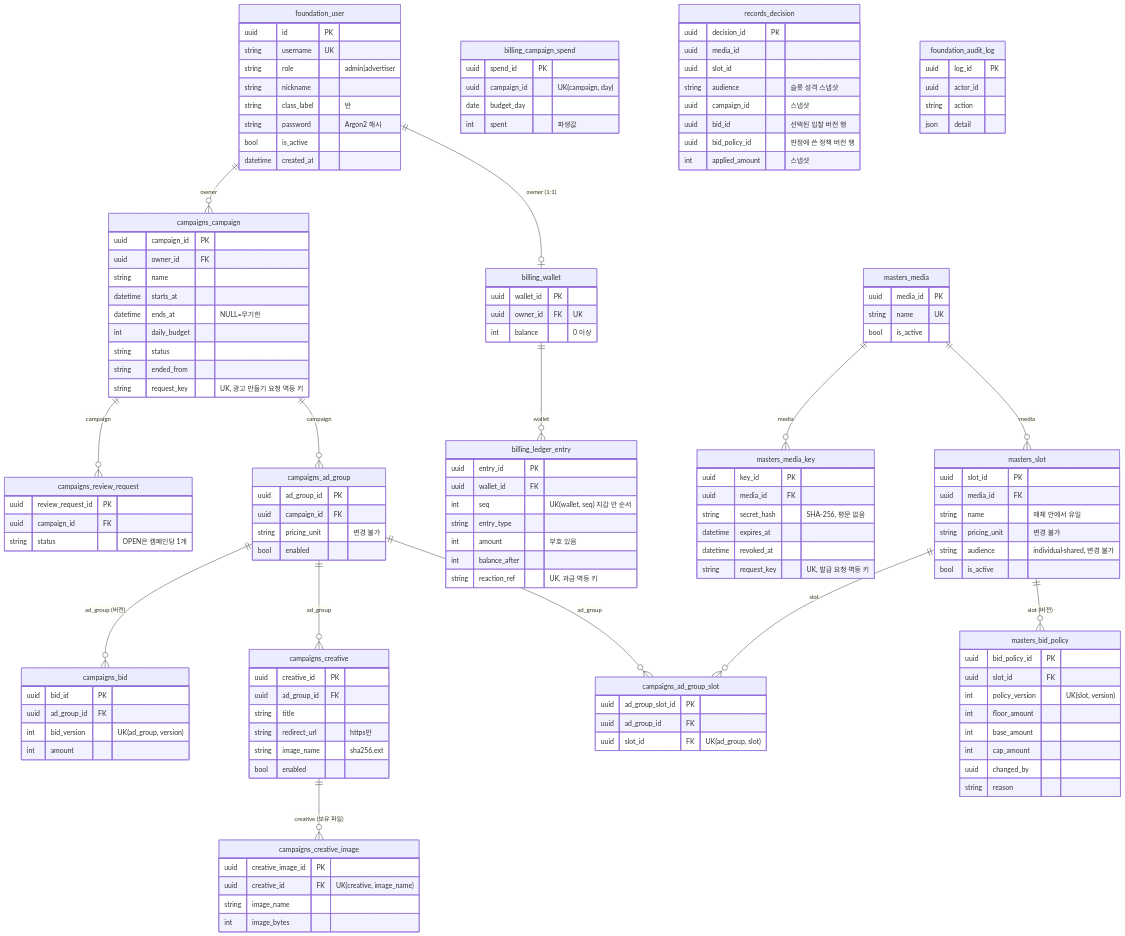
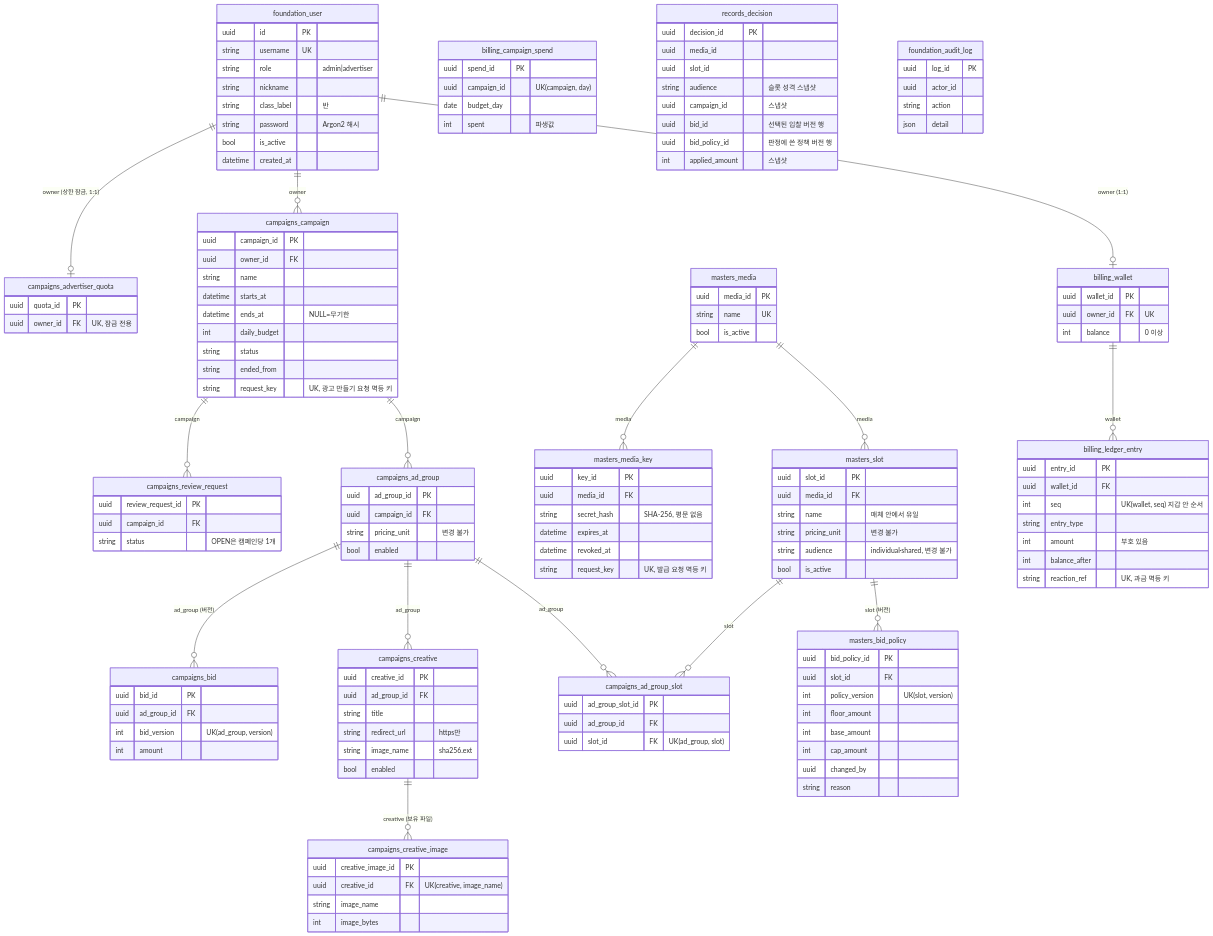
The second of 7 diagrams in docs/ads-server/ads-server-drd.md (encore-ai-campus/mlo-01-p3-team2), drawn with Mermaid before and after one commit. The commit also changed other lines of this file and 4 other files, not shown here.

```diff
--- a/docs/ads-server/ads-server-drd.md
+++ b/docs/ads-server/ads-server-drd.md
@@ -189,6 +189,7 @@
     billing_wallet ||--o{ billing_ledger_entry : "wallet"
     masters_media ||--o{ masters_media_key : "media"
     campaigns_creative ||--o{ campaigns_creative_image : "creative (보유 파일)"
+    foundation_user ||--o| campaigns_advertiser_quota : "owner (상한 잠금, 1:1)"
 
     foundation_user {
         uuid id PK
@@ -308,6 +309,10 @@
         string image_name
         int image_bytes
     }
+    campaigns_advertiser_quota {
+        uuid quota_id PK
+        uuid owner_id FK "UK, 잠금 전용"
+    }
     foundation_audit_log {
         uuid log_id PK
         uuid actor_id
```
